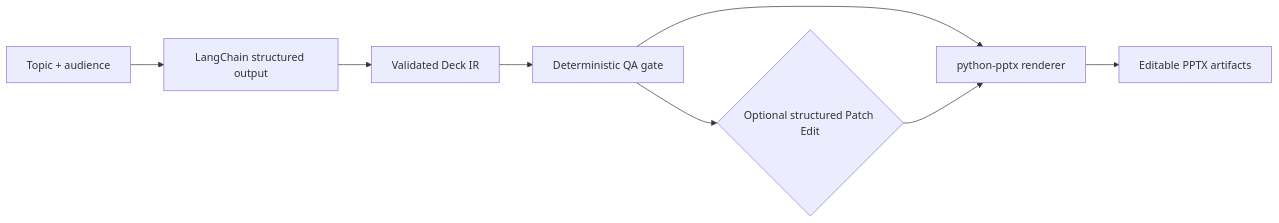
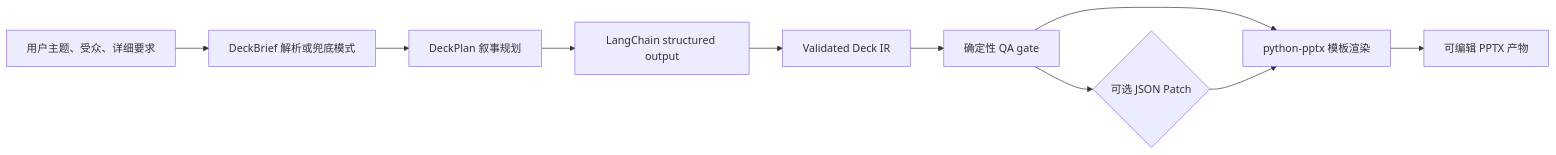
The diagram in README.md (Liyilin66/ppt-agent), drawn with Mermaid before and after one commit. The commit also changed other lines of this file, not shown here.

First line of the commit message:
Keep project documentation aligned with current deck generation behavior

````diff
--- a/README.md
+++ b/README.md
@@ -19,10 +39,12 @@
 ```mermaid
 flowchart LR
-    A["Topic + audience"] --> B["LangChain structured output"]
-    B --> C["Validated Deck IR"]
-    C --> D["Deterministic QA gate"]
-    D --> F["python-pptx renderer"]
-    D --> E{"Optional structured Patch Edit"}
-    E --> F
-    F --> G["Editable PPTX artifacts"]
+    A["用户主题、受众、详细要求"] --> B["DeckBrief 解析或兜底模式"]
+    B --> C["DeckPlan 叙事规划"]
+    C --> D["LangChain structured output"]
+    D --> E["Validated Deck IR"]
+    E --> F["确定性 QA gate"]
+    F --> G["python-pptx 模板渲染"]
+    F --> H{"可选 JSON Patch"}
+    H --> G
+    G --> I["可编辑 PPTX 产物"]
 ```
````
